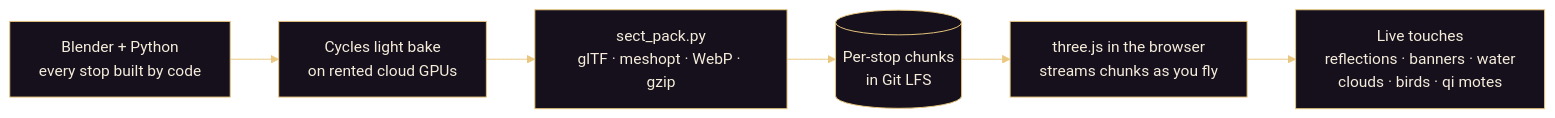
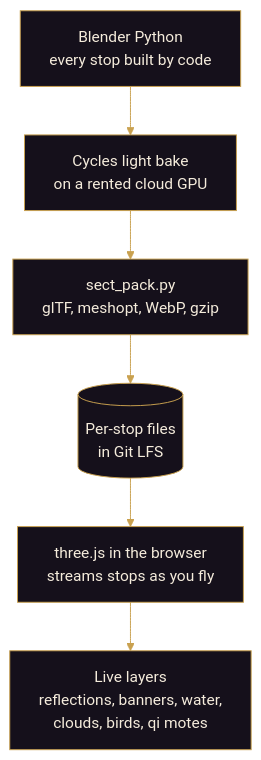
One commit to IdkwhatImD0ing/PortfolioV5 changed the first of 2 diagrams in README.md. Above: the diagram before and after it, drawn with Mermaid. The commit also changed other lines of this file and 100 other files, not shown here.

````diff
--- a/README.md
+++ b/README.md
@@ -102,9 +175,9 @@
 ```mermaid
-%%{init: {'theme':'base', 'themeVariables': {'primaryColor':'#15101b','primaryTextColor':'#f5ecdc','primaryBorderColor':'#e9c77e','lineColor':'#e9c77e','secondaryColor':'#2c2233','tertiaryColor':'#0e0c14','fontFamily':'Georgia, serif'}}}%%
-flowchart LR
-  A["Blender + Python<br/>every stop built by code"] --> B["Cycles light bake<br/>on rented cloud GPUs"]
-  B --> C["sect_pack.py<br/>glTF · meshopt · WebP · gzip"]
-  C --> D[("Per-stop chunks<br/>in Git LFS")]
-  D --> E["three.js in the browser<br/>streams chunks as you fly"]
-  E --> F["Live touches<br/>reflections · banners · water<br/>clouds · birds · qi motes"]
+%%{init: {'theme':'base', 'themeVariables': {'primaryColor':'#15101b','primaryTextColor':'#f5ecdc','primaryBorderColor':'#c9a14f','lineColor':'#c9a14f','secondaryColor':'#2c2233','tertiaryColor':'#0e0c14','fontFamily':'Georgia, serif'}}}%%
+flowchart TB
+  A["Blender Python<br/>every stop built by code"] --> B["Cycles light bake<br/>on a rented cloud GPU"]
+  B --> C["sect_pack.py<br/>glTF, meshopt, WebP, gzip"]
+  C --> D[("Per-stop files<br/>in Git LFS")]
+  D --> E["three.js in the browser<br/>streams stops as you fly"]
+  E --> F["Live layers<br/>reflections, banners, water,<br/>clouds, birds, qi motes"]
 ```
````
